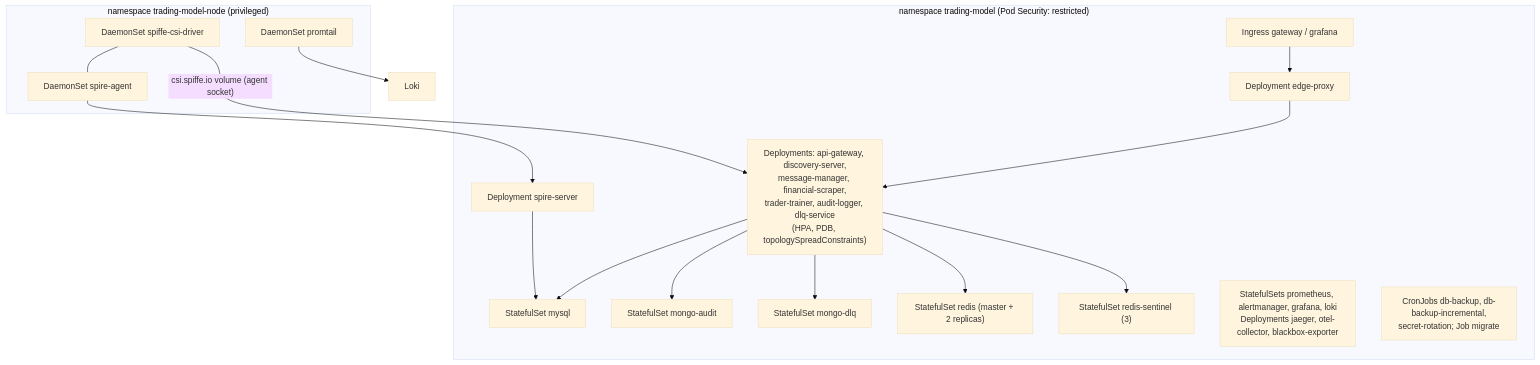
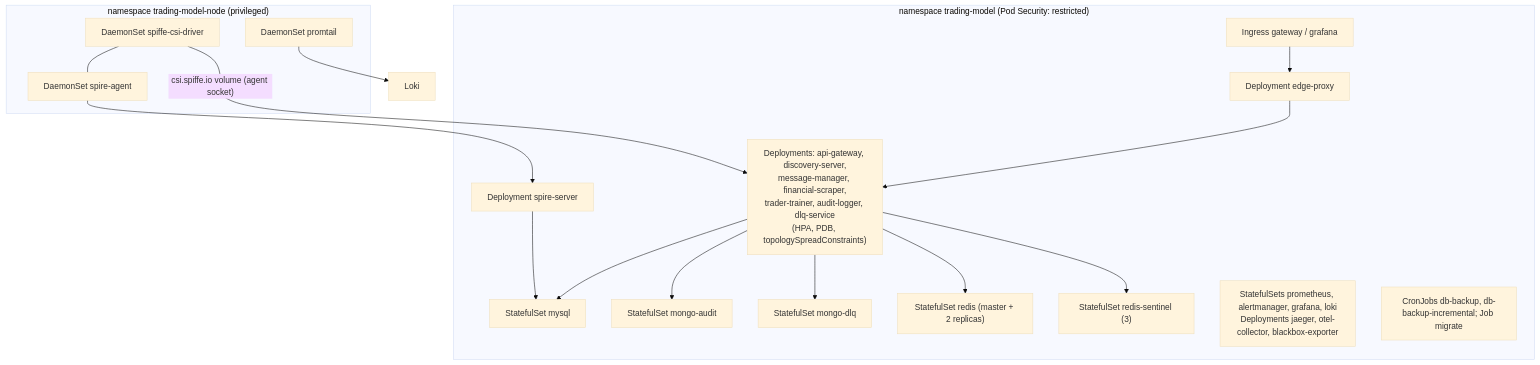
One commit to docteur-turboss/trading-model changed the third of 4 diagrams in docs/architecture/system-overview.md. Above: the diagram before and after it, drawn with Mermaid (base theme). The commit also changed 3 other files, not shown here.

First line of the commit message:
:fire:(k8s): remove secret-rotation CronJob and its write RBAC on Secrets (#454)

````diff
--- a/docs/architecture/system-overview.md
+++ b/docs/architecture/system-overview.md
@@ -76,24 +76,24 @@
 ```mermaid
 flowchart TB
   subgraph tm["namespace trading-model (Pod Security: restricted)"]
     ing["Ingress gateway / grafana"] --> edge["Deployment edge-proxy"]
     edge --> svc["Deployments: api-gateway, discovery-server,<br/>message-manager, financial-scraper,<br/>trader-trainer, audit-logger, dlq-service<br/>(HPA, PDB, topologySpreadConstraints)"]
     svc --> mysql["StatefulSet mysql"]
     svc --> mA["StatefulSet mongo-audit"]
     svc --> mD["StatefulSet mongo-dlq"]
     svc --> rd["StatefulSet redis (master + 2 replicas)"]
     svc --> rs["StatefulSet redis-sentinel (3)"]
     ss["Deployment spire-server"] --> mysql
     obs["StatefulSets prometheus, alertmanager, grafana, loki<br/>Deployments jaeger, otel-collector, blackbox-exporter"]
-    jobs["CronJobs db-backup, db-backup-incremental,<br/>secret-rotation; Job migrate"]
+    jobs["CronJobs db-backup, db-backup-incremental; Job migrate"]
   end
   subgraph node["namespace trading-model-node (privileged)"]
     agent["DaemonSet spire-agent"]
     csi["DaemonSet spiffe-csi-driver"]
     pt["DaemonSet promtail"]
   end
   csi -->|"csi.spiffe.io volume (agent socket)"| svc
   agent --> ss
   csi --- agent
   pt --> loki["Loki"]
 ```
````
